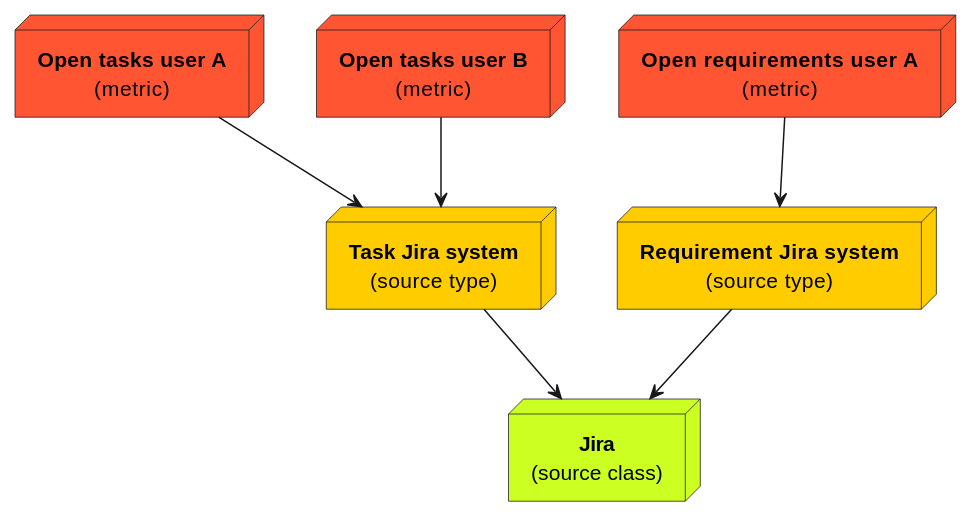
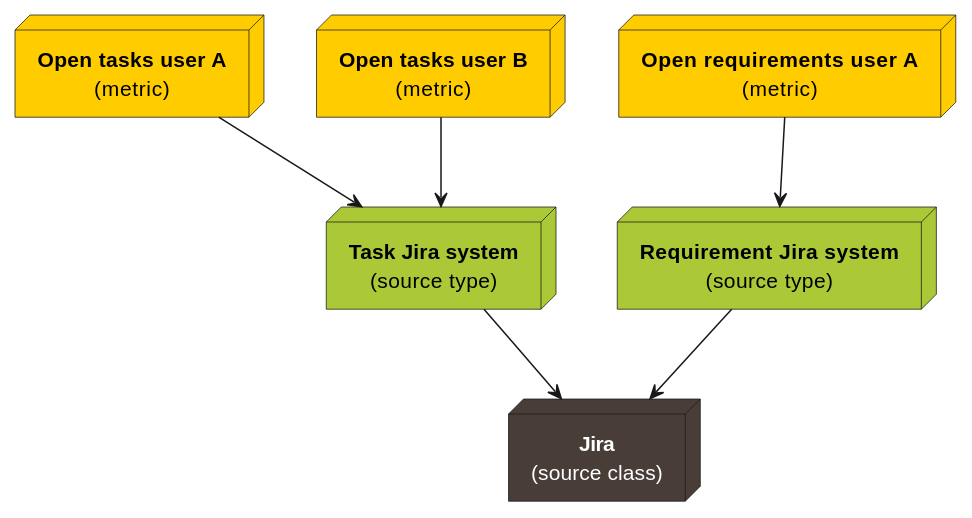
Before and after one commit to useblocks/metricfarmer: the diagram in docs/sources/index.rst, drawn with PlantUML. The commit also changed other lines of this file and 9 other files, not shown here.

Commit message:
Adds sqlite support. Adds workflow diagram

```diff
--- a/docs/sources/index.rst
+++ b/docs/sources/index.rst
@@ -31,23 +31,26 @@
 .. uml::
 
    @startuml
+      hide stereotype
+      skinparam defaultTextAlignment center
+      skinparam nodeFontColor<<jira_style>> #fff
 
-      skinparam defaultTextAlignment center
-      node "**Open tasks user A**\n(metric)" as ma #ff5533
-      node "**Open tasks user B**\n(metric)" as mb #ff5533
-      node "**Open requirements user A**\n(metric)" as mc #ff5533
+      node "**Open tasks user A**\n(metric)" as ma #ffcc00
+      node "**Open tasks user B**\n(metric)" as mb #ffcc00
+      node "**Open requirements user A**\n(metric)" as mc #ffcc00
 
-      node "**Task Jira system**\n(source type)" as ta #ffcc00
-      node "**Requirement Jira system**\n(source type)" as tb #ffcc00
+      node "**Task Jira system**\n(source type)" as ta #abc837
+      node "**Requirement Jira system**\n(source type)" as tb #abc837
 
-      node "**Jira**\n(source class)" as c #ccff22
+
+      node "**Jira**\n(source class)" <<jira_style>> as c #483e37
 
       ma --> ta
       mb --> ta
 
       mc --> tb
 
       ta --> c
       tb --> c
 
    @enduml
```
